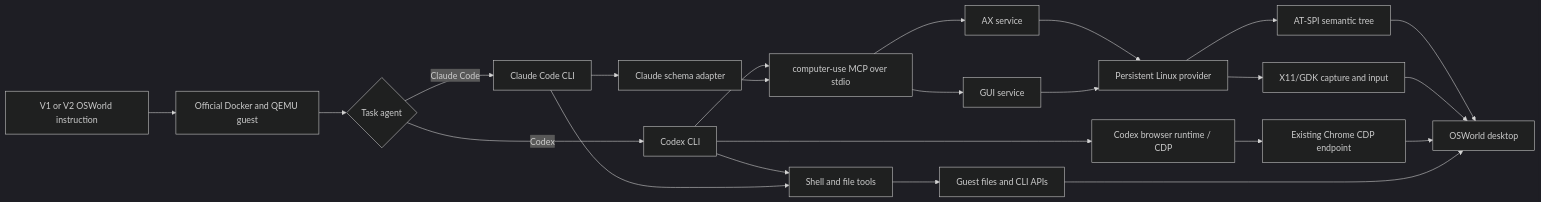
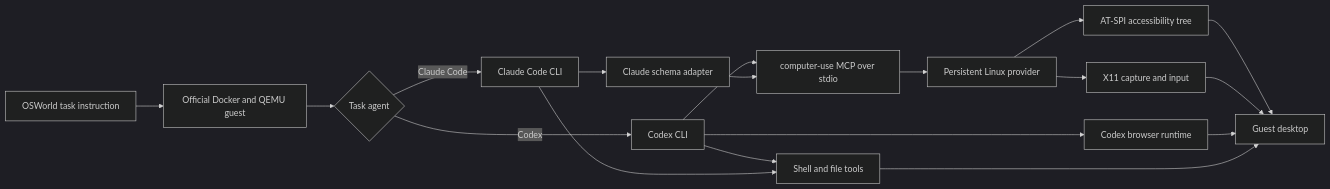
One commit to hqhq1025/hybrid-computer-use-oss changed the diagram in README.md. Above: the diagram before and after it, drawn with Mermaid (dark theme). The commit also changed other lines of this file and 22 other files, not shown here.

````diff
--- a/README.md
+++ b/README.md
@@ -19,25 +19,20 @@
 ```mermaid
 flowchart LR
-    U[V1 or V2 OSWorld instruction] --> Q[Official Docker and QEMU guest]
+    T[OSWorld task instruction] --> Q[Official Docker and QEMU guest]
     Q --> A{Task agent}
     A -->|Codex| CX[Codex CLI]
     A -->|Claude Code| CC[Claude Code CLI]
     CX --> SH[Shell and file tools]
     CC --> SH
-    CX --> CDP[Codex browser runtime / CDP]
+    CX --> CDP[Codex browser runtime]
     CX --> MCP[computer-use MCP over stdio]
     CC --> AD[Claude schema adapter]
     AD --> MCP
-    MCP --> AX[AX service]
-    MCP --> GUI[GUI service]
-    AX --> P[Persistent Linux provider]
-    GUI --> P
-    P --> ATSPI[AT-SPI semantic tree]
-    P --> X11[X11/GDK capture and input]
-    ATSPI --> D[OSWorld desktop]
+    MCP --> P[Persistent Linux provider]
+    P --> ATSPI[AT-SPI accessibility tree]
+    P --> X11[X11 capture and input]
+    ATSPI --> D[Guest desktop]
     X11 --> D
-    CDP --> CH[Existing Chrome CDP endpoint]
-    CH --> D
-    SH --> FS[Guest files and CLI APIs]
-    FS --> D
+    CDP --> D
+    SH --> D
 ```
````
